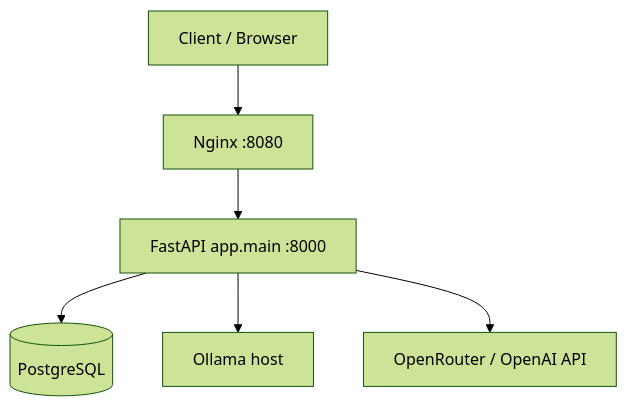
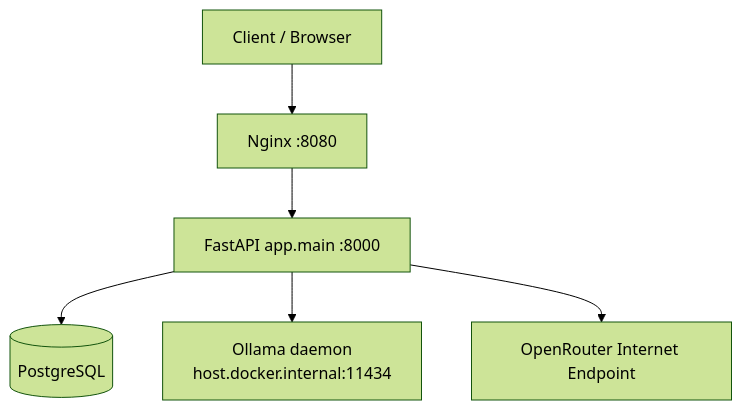
Before and after one commit to IVIproject/ILUSHENKOV_V_4254: the second of 12 diagrams in docs/diploma-design-section-ru.md, drawn with Mermaid (forest theme). The commit also changed other lines of this file, not shown here.

Commit message:
docs: refine design chapter with concrete API, diagrams, and auth model

````diff
--- a/docs/diploma-design-section-ru.md
+++ b/docs/diploma-design-section-ru.md
@@ -129,8 +80,8 @@
 ```mermaid
 flowchart TB
-    U[Client / Browser] --> N[Nginx :8080]
-    N --> A[FastAPI app.main :8000]
-    A --> D[(PostgreSQL)]
-    A --> O[Ollama host]
-    A --> R[OpenRouter / OpenAI API]
+    C[Client / Browser] --> N[Nginx :8080]
+    N --> API[FastAPI app.main :8000]
+    API --> DB[(PostgreSQL)]
+    API --> O[Ollama daemon\nhost.docker.internal:11434]
+    API --> OR[OpenRouter Internet Endpoint]
 ```
````
